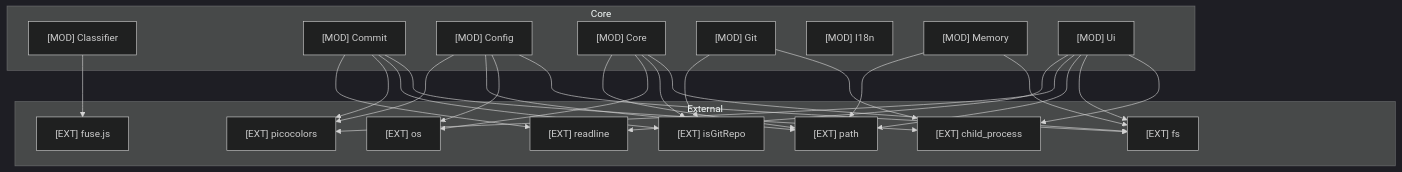
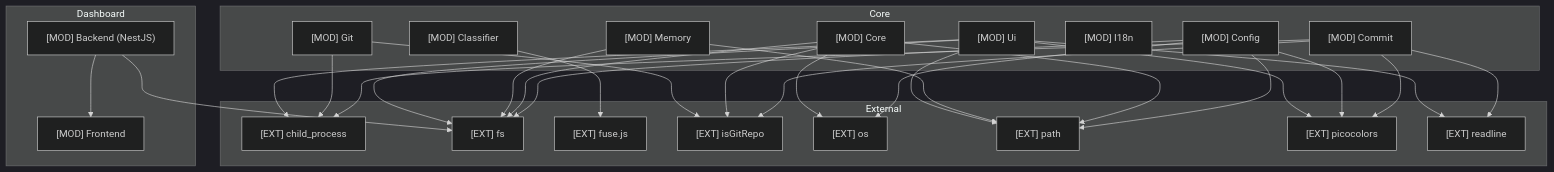
One commit to chachachavito/logloop changed the diagram in docs/architecture.md. Above: the diagram before and after it, drawn with Mermaid (dark theme). The commit also changed 14 other files, not shown here.

````diff
--- a/docs/architecture.md
+++ b/docs/architecture.md
@@ -3,46 +3,52 @@
 ```mermaid
 flowchart TD
   subgraph Core ["Core"]
       src_classifier_js["[MOD] Classifier"]
       src_commit_js["[MOD] Commit"]
       src_config_js["[MOD] Config"]
       src_core_js["[MOD] Core"]
       src_git_js["[MOD] Git"]
       src_i18n_js["[MOD] I18n"]
       src_memory_js["[MOD] Memory"]
       src_ui_js["[MOD] Ui"]
   end
   subgraph External ["External"]
       child_process["[EXT] child_process"]
       fs["[EXT] fs"]
       fuse_js["[EXT] fuse.js"]
       isGitRepo["[EXT] isGitRepo"]
       os["[EXT] os"]
       path["[EXT] path"]
       picocolors["[EXT] picocolors"]
       readline["[EXT] readline"]
+  end
+  subgraph Dashboard ["Dashboard"]
+      dash_backend["[MOD] Backend (NestJS)"]
+      dash_frontend["[MOD] Frontend"]
   end
   src_classifier_js --> fuse_js
   src_commit_js --> child_process
   src_commit_js --> isGitRepo
   src_commit_js --> picocolors
   src_commit_js --> readline
   src_config_js --> fs
   src_config_js --> os
   src_config_js --> path
   src_config_js --> picocolors
   src_core_js --> fs
   src_core_js --> isGitRepo
   src_core_js --> os
   src_core_js --> path
   src_git_js --> child_process
   src_git_js --> isGitRepo
   src_memory_js --> fs
   src_memory_js --> path
   src_ui_js --> child_process
   src_ui_js --> fs
   src_ui_js --> path
   src_ui_js --> picocolors
   src_ui_js --> readline
+  dash_backend --> fs
+  dash_backend --> dash_frontend
 
 ```
````
